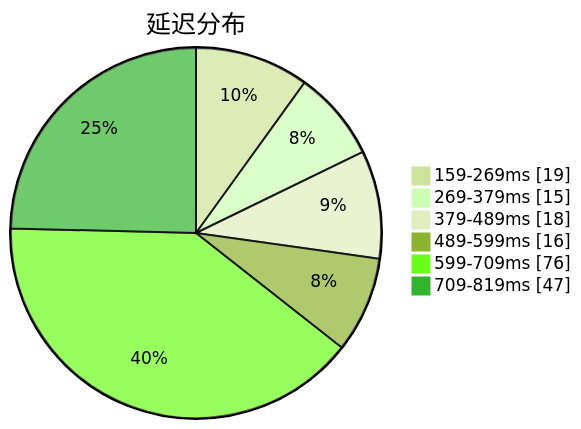
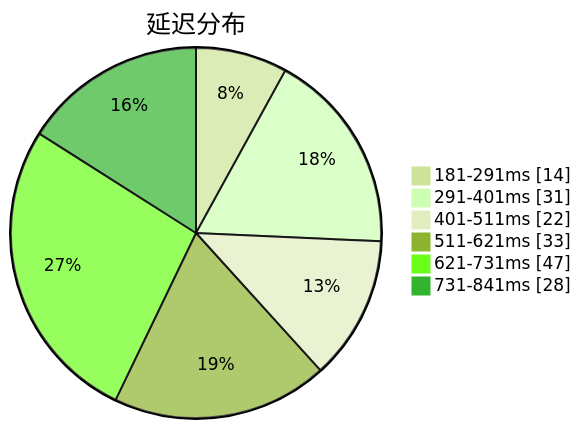
Before and after one commit to qjlxg/airport: the first of 3 diagrams in subs/statistics/tested_within.md, drawn with Mermaid (forest theme). The commit also changed other lines of this file and 2 other files, not shown here.

````diff
--- a/subs/statistics/tested_within.md
+++ b/subs/statistics/tested_within.md
@@ -2,10 +2,10 @@
 ```mermaid
 pie showData
 title 延迟分布
-"159-269ms" : 19
-"269-379ms" : 15
-"379-489ms" : 18
-"489-599ms" : 16
-"599-709ms" : 76
-"709-819ms" : 47
+"181-291ms" : 14
+"291-401ms" : 31
+"401-511ms" : 22
+"511-621ms" : 33
+"621-731ms" : 47
+"731-841ms" : 28
 ```
````
